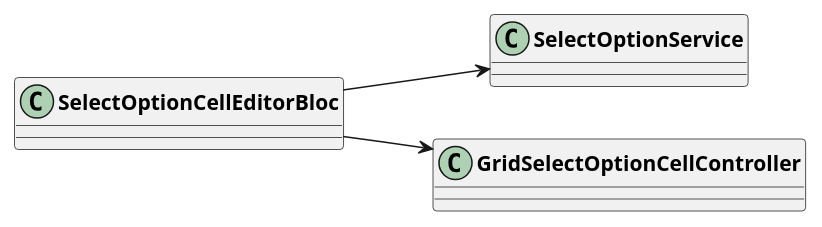
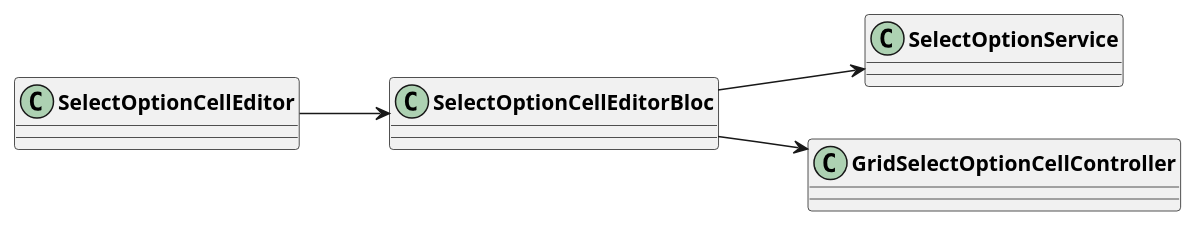
The second of 3 diagrams in uml/dart_widget/grid_classes.plantuml (AppFlowy-IO/AppFlowy-Docs), drawn with PlantUML before and after one commit. The commit also changed other lines of this file, not shown here.

Commit message:
chore: update grid classes diagram

```diff
--- a/uml/dart_widget/grid_classes.plantuml
+++ b/uml/dart_widget/grid_classes.plantuml
@@ -2,13 +65,14 @@
 @startuml SelectOption
 skinparam classFontStyle Bold
 skinparam ActivityBackgroundColor Silver
 skinparam ActivityBorderColor DimGray
 left to right direction
 
 class SelectOptionService
 class SelectOptionCellEditorBloc
 
+SelectOptionCellEditor --> SelectOptionCellEditorBloc
 SelectOptionCellEditorBloc --> SelectOptionService
 SelectOptionCellEditorBloc --> GridSelectOptionCellController
 
 @enduml
```
